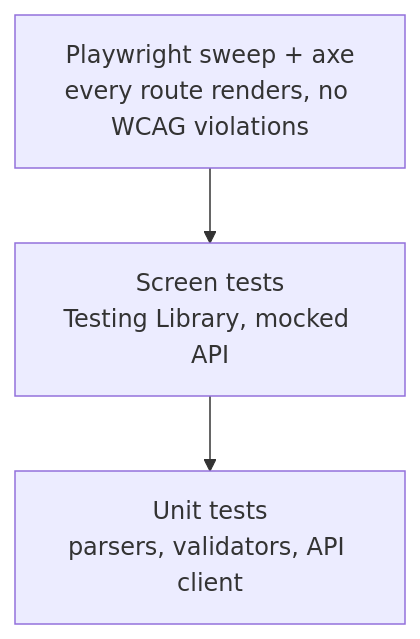
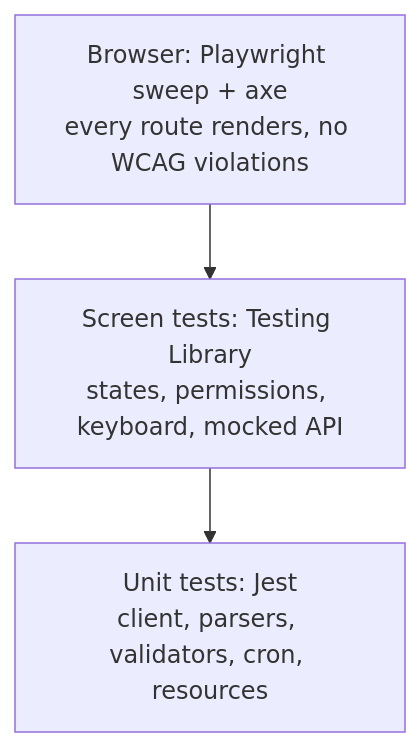
The third of 3 diagrams in README.md (gautham-seats/Seats-AdminConsole-React), drawn with Mermaid before and after one commit. The commit also changed other lines of this file, not shown here.

````diff
--- a/README.md
+++ b/README.md
@@ -199,7 +187,7 @@
 ```mermaid
 flowchart TB
-    E2E[Playwright sweep + axe<br/>every route renders, no WCAG violations]
-    Screen[Screen tests<br/>Testing Library, mocked API]
-    Unit[Unit tests<br/>parsers, validators, API client]
+    E2E[Browser: Playwright sweep + axe<br/>every route renders, no WCAG violations]
+    Screen[Screen tests: Testing Library<br/>states, permissions, keyboard, mocked API]
+    Unit[Unit tests: Jest<br/>client, parsers, validators, cron, resources]
     E2E --> Screen --> Unit
 ```
````
